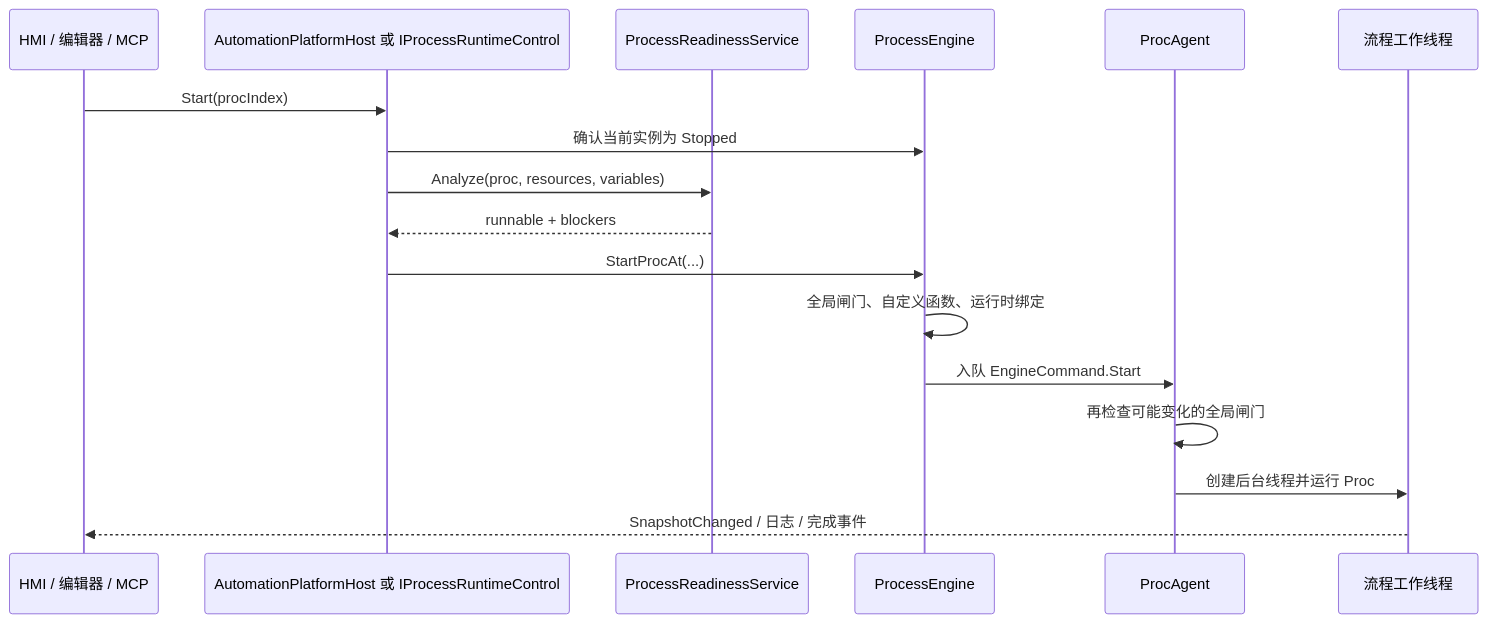
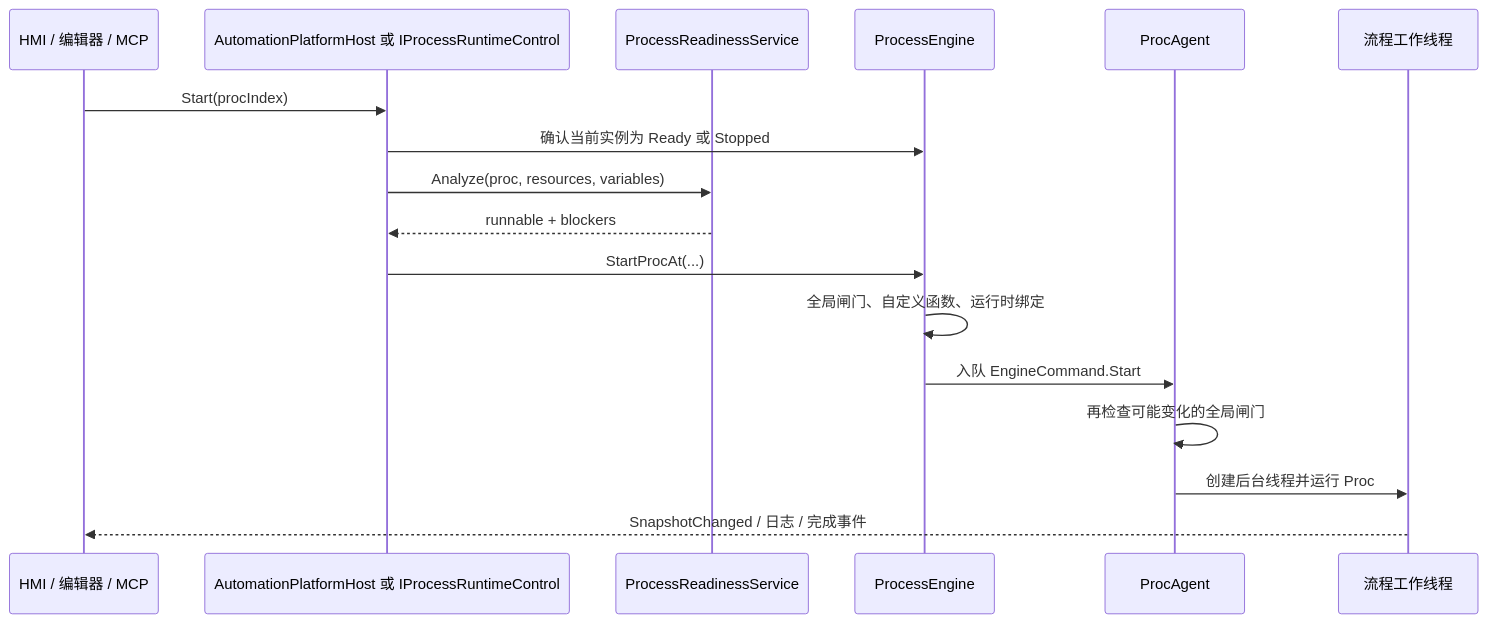
Before and after one commit to zeastwin/Automation: the second of 2 diagrams in Docs/Architecture/03-流程编辑与运行.md, drawn with Mermaid. The commit also changed other lines of this file and 101 other files, not shown here.

````diff
--- a/Docs/Architecture/03-流程编辑与运行.md
+++ b/Docs/Architecture/03-流程编辑与运行.md
@@ -45,20 +45,20 @@
 ```mermaid
 sequenceDiagram
     participant Caller as HMI / 编辑器 / MCP
     participant Host as AutomationPlatformHost 或 IProcessRuntimeControl
     participant Ready as ProcessReadinessService
     participant Engine as ProcessEngine
     participant Agent as ProcAgent
     participant Worker as 流程工作线程
 
     Caller->>Host: Start(procIndex)
-    Host->>Engine: 确认当前实例为 Stopped
+    Host->>Engine: 确认当前实例为 Ready 或 Stopped
     Host->>Ready: Analyze(proc, resources, variables)
     Ready-->>Host: runnable + blockers
     Host->>Engine: StartProcAt(...)
     Engine->>Engine: 全局闸门、自定义函数、运行时绑定
     Engine->>Agent: 入队 EngineCommand.Start
     Agent->>Agent: 再检查可能变化的全局闸门
     Agent->>Worker: 创建后台线程并运行 Proc
     Worker-->>Caller: SnapshotChanged / 日志 / 完成事件
 ```
````
